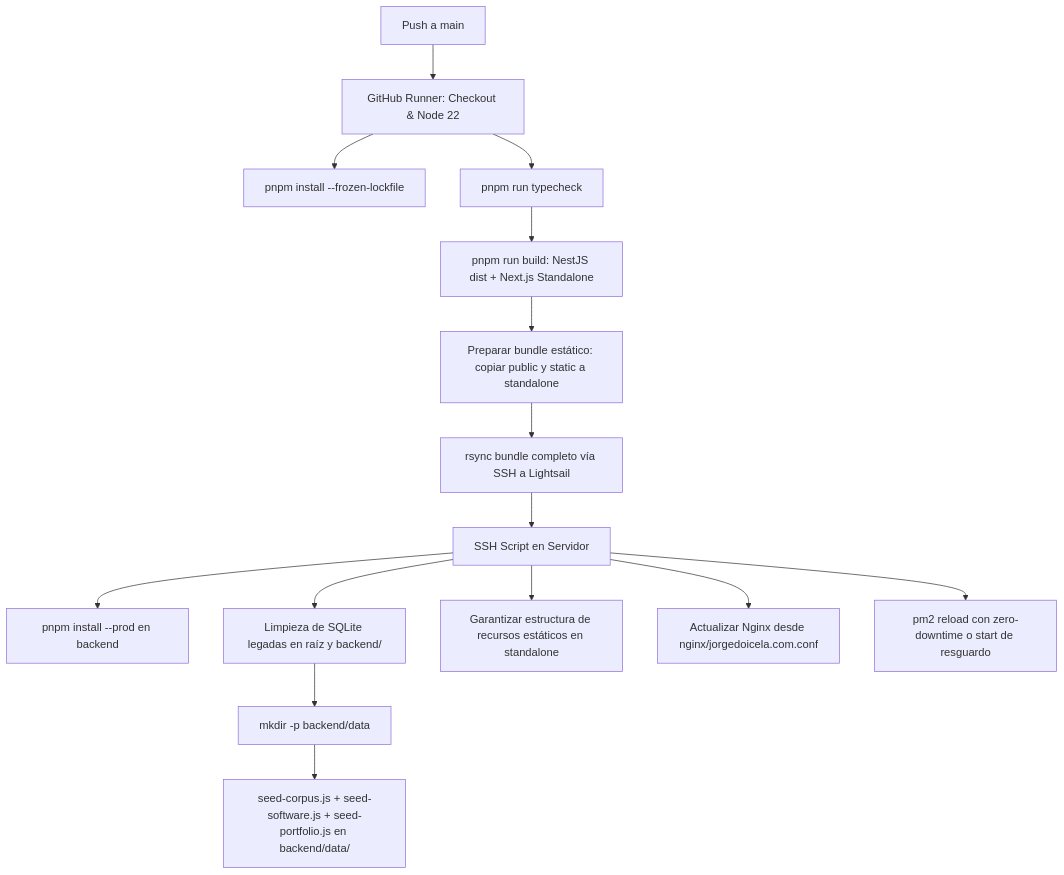
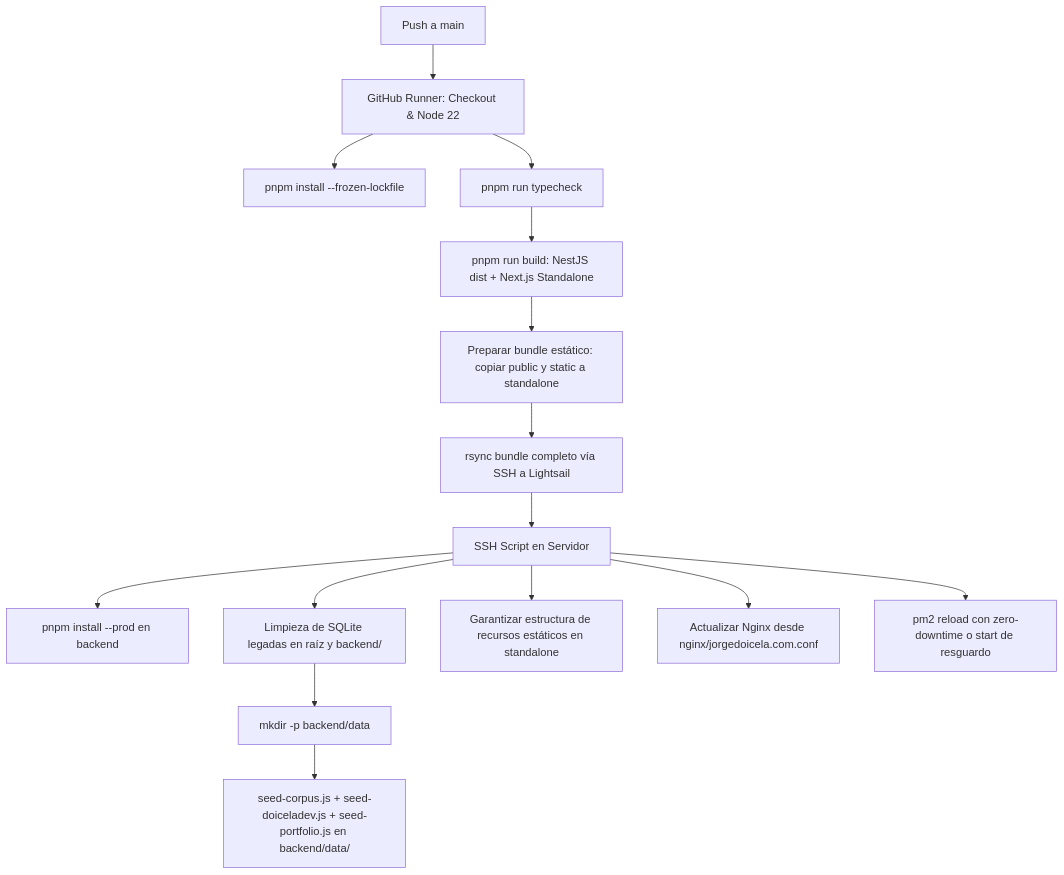
One commit to JorgeDoicela/jorge_doicela changed the diagram in docs/01-infraestructura-global/02-despliegue-y-servidor/01_despliegue_pm2_y_cicd.md. Above: the diagram before and after it, drawn with Mermaid. The commit also changed other lines of this file and 451 other files, not shown here.

````diff
--- a/docs/01-infraestructura-global/02-despliegue-y-servidor/01_despliegue_pm2_y_cicd.md
+++ b/docs/01-infraestructura-global/02-despliegue-y-servidor/01_despliegue_pm2_y_cicd.md
@@ -425,17 +425,17 @@
 ```mermaid
 graph TD
     A[Push a main] --> B[GitHub Runner: Checkout & Node 22]
     B --> C[pnpm install --frozen-lockfile]
     B --> D[pnpm run typecheck]
     D --> E[pnpm run build: NestJS dist + Next.js Standalone]
     E --> F[Preparar bundle estático: copiar public y static a standalone]
     F --> G[rsync bundle completo vía SSH a Lightsail]
     G --> H[SSH Script en Servidor]
     H --> I[pnpm install --prod en backend]
     H --> I2[Limpieza de SQLite legadas en raíz y backend/]
     I2 --> I3[mkdir -p backend/data]
-    I3 --> J[seed-corpus.js + seed-software.js + seed-portfolio.js en backend/data/]
+    I3 --> J[seed-corpus.js + seed-doiceladev.js + seed-portfolio.js en backend/data/]
     H --> K[Garantizar estructura de recursos estáticos en standalone]
     H --> L[Actualizar Nginx desde nginx/jorgedoicela.com.conf]
     H --> M[pm2 reload con zero-downtime o start de resguardo]
 ```
````
